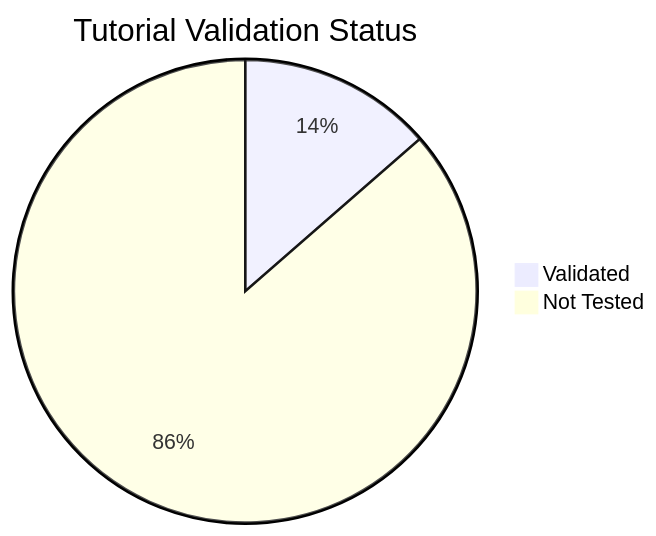
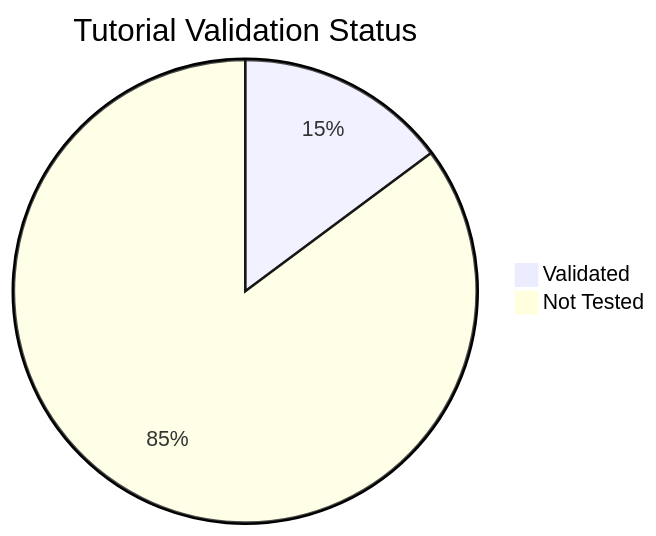
One commit to yeongseon/azure-container-apps-practical-guide changed the diagram in docs/reference/validation-status.md. Above: the diagram before and after it, drawn with Mermaid. The commit also changed other lines of this file and 1 other file, not shown here.

````diff
--- a/docs/reference/validation-status.md
+++ b/docs/reference/validation-status.md
@@ -35,5 +35,5 @@
 ```mermaid
 pie title Tutorial Validation Status
-    "Validated" : 11
-    "Not Tested" : 70
+    "Validated" : 12
+    "Not Tested" : 69
 ```
````
